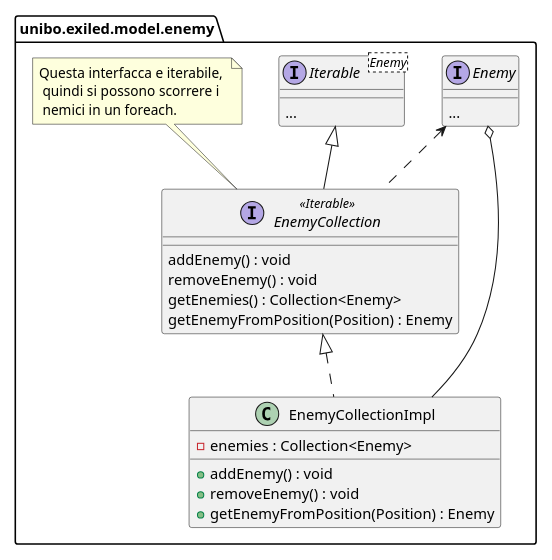
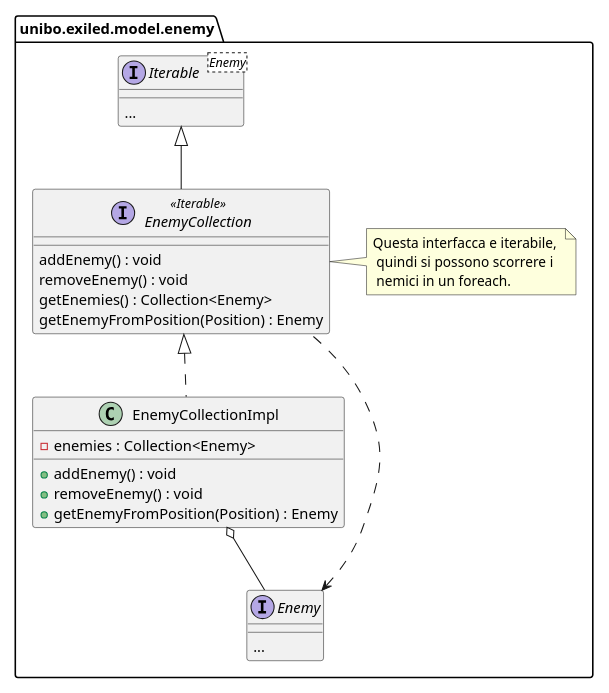
The diagram in docs/character/enemy/enemycollection-uml.puml (unibo-oop-projects/OOP23-Baldoni-Beylax-Casadei-MarcoMagnani03-Pazzaglia-exiled), drawn with PlantUML before and after one commit. The commit also changed 14 other files, not shown here.

```diff
--- a/docs/character/enemy/enemycollection-uml.puml
+++ b/docs/character/enemy/enemycollection-uml.puml
@@ -1,30 +1,30 @@
 @startuml
 'https://plantuml.com/class-diagram'
 set separator none
 scale 0.7
 package unibo.exiled.model.enemy{
     interface Enemy{
         {method} ...
     }
     interface Iterable<Enemy>{
         {method} ...
     }
     interface EnemyCollection<<Iterable>> {
         addEnemy() : void
         removeEnemy() : void
         getEnemies() : Collection<Enemy>
         getEnemyFromPosition(Position) : Enemy
     }
-    note top : Questa interfacca e iterabile, \n quindi si possono scorrere i \n nemici in un foreach.
+    note right : Questa interfacca e iterabile, \n quindi si possono scorrere i \n nemici in un foreach.
     class EnemyCollectionImpl {
         - enemies : Collection<Enemy>
         + addEnemy() : void
         + removeEnemy() : void
         + getEnemyFromPosition(Position) : Enemy
     }
 }
 Iterable <|-- EnemyCollection
 EnemyCollection <|.. EnemyCollectionImpl
 Enemy <.. EnemyCollection
-Enemy o-- EnemyCollectionImpl
+EnemyCollectionImpl o-- Enemy
 @enduml
```
